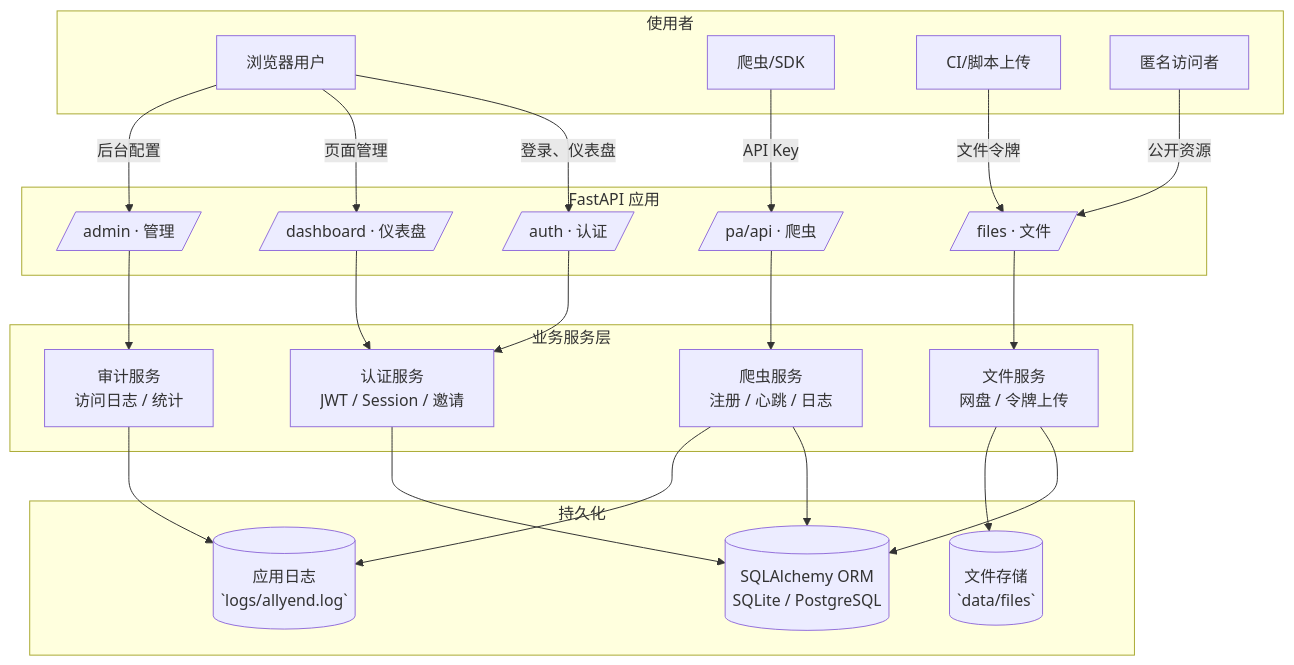
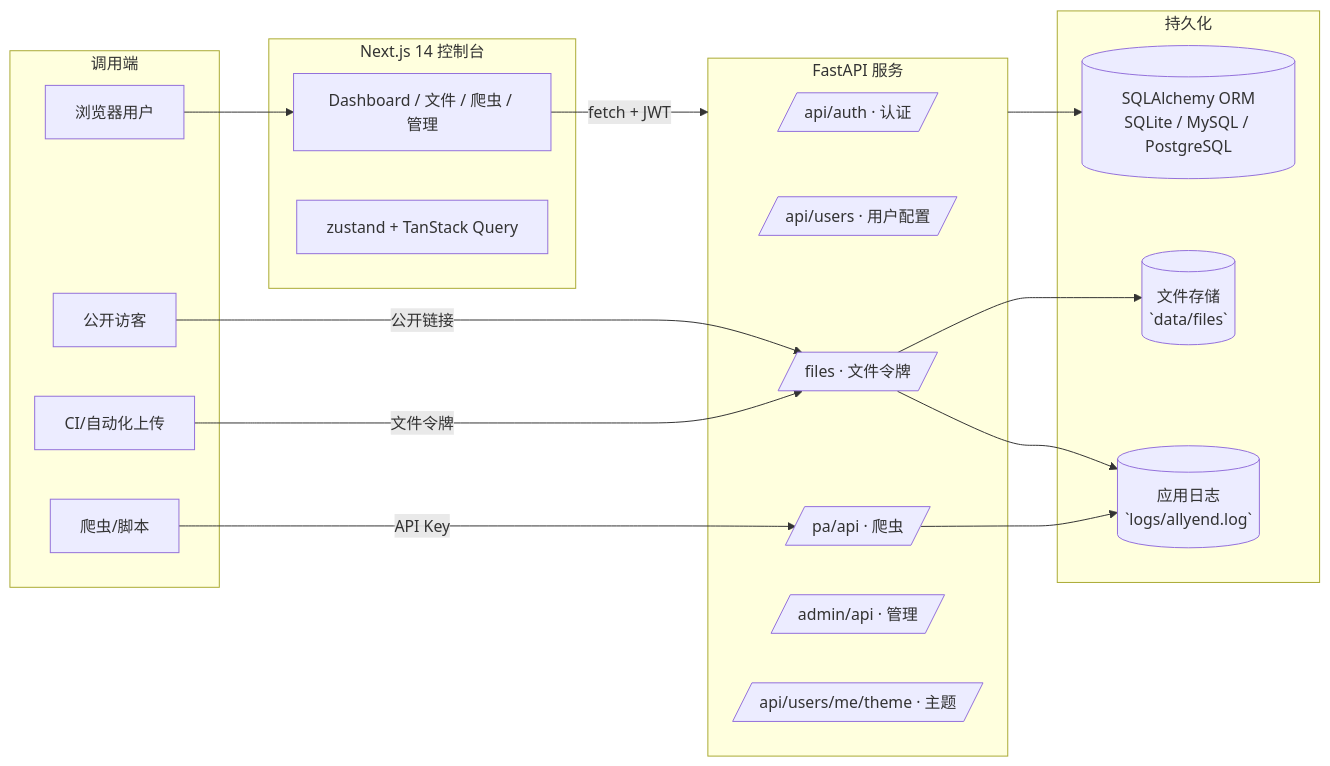
The diagram in README.md (pscly/allyend), drawn with Mermaid before and after one commit. The commit also changed other lines of this file and 83 other files, not shown here.

````diff
--- a/README.md
+++ b/README.md
@@ -14,47 +26,35 @@
 ```mermaid
-flowchart TB
-    subgraph Client[使用者]
-        browser[浏览器用户]
-        crawler[爬虫/SDK]
-        ci[CI/脚本上传]
-        guest[匿名访问者]
+flowchart LR
+    subgraph Frontend[Next.js 14 控制台]
+        UI[Dashboard / 文件 / 爬虫 / 管理]
+        Store[zustand + TanStack Query]
     end
-
-    subgraph API[FastAPI 应用]
-        authR[/auth · 认证/]
-        crawlerR[/pa/api · 爬虫/]
-        filesR[/files · 文件/]
-        adminR[/admin · 管理/]
-        dashboardR[/dashboard · 仪表盘/]
+    subgraph Backend[FastAPI 服务]
+        AuthR[/api/auth · 认证/]
+        UserR[/api/users · 用户配置/]
+        FileR[/files · 文件令牌/]
+        CrawlerR[/pa/api · 爬虫/]
+        AdminR[/admin/api · 管理/]
+        ThemeR[/api/users/me/theme · 主题/]
     end
-
-    subgraph Service[业务服务层]
-        authSvc[认证服务\nJWT / Session / 邀请]
-        crawlerSvc[爬虫服务\n注册 / 心跳 / 日志]
-        fileSvc[文件服务\n网盘 / 令牌上传]
-        auditSvc[审计服务\n访问日志 / 统计]
+    subgraph Storage[持久化]
+        DB[(SQLAlchemy ORM\nSQLite / MySQL / PostgreSQL)]
+        FS[(文件存储\n`data/files`)]
+        Log[(应用日志\n`logs/allyend.log`)]
     end
-
-    subgraph Storage[持久化]
-        db[(SQLAlchemy ORM\nSQLite / PostgreSQL)]
-        fs[(文件存储\n`data/files`)]
-        logs[(应用日志\n`logs/allyend.log`)]
+    subgraph Clients[调用端]
+        Browser[浏览器用户]
+        Crawler[爬虫/脚本]
+        CI[CI/自动化上传]
+        Guest[公开访客]
     end
-
-    browser -->|登录、仪表盘| authR
-    browser -->|页面管理| dashboardR
-    browser -->|后台配置| adminR
-    crawler -->|API Key| crawlerR
-    ci -->|文件令牌| filesR
-    guest -->|公开资源| filesR
-
-    authR --> authSvc --> db
-    crawlerR --> crawlerSvc --> db
-    filesR --> fileSvc --> db
-    adminR --> auditSvc
-    dashboardR --> authSvc
-
-    fileSvc --> fs
-    crawlerSvc --> logs
-    auditSvc --> logs
+    Browser --> UI
+    UI -->|fetch + JWT| Backend
+    Crawler -->|API Key| CrawlerR
+    CI -->|文件令牌| FileR
+    Guest -->|公开链接| FileR
+    Backend --> DB
+    FileR --> FS
+    CrawlerR --> Log
+    FileR --> Log
 ```
````
